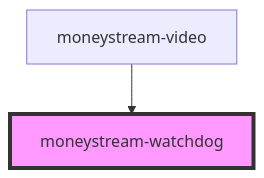
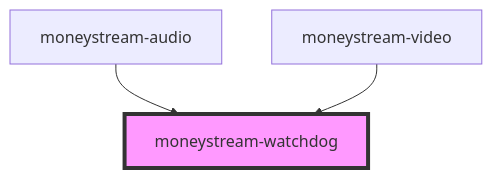
One commit to moneystreamdev/moneystream-components changed the diagram in src/components/moneystream-watchdog/readme.md. Above: the diagram before and after it, drawn with Mermaid. The commit also changed other lines of this file and 9 other files, not shown here.

````diff
--- a/src/components/moneystream-watchdog/readme.md
+++ b/src/components/moneystream-watchdog/readme.md
@@ -52,5 +53,6 @@
 ```mermaid
 graph TD;
+  moneystream-audio --> moneystream-watchdog
   moneystream-video --> moneystream-watchdog
   style moneystream-watchdog fill:#f9f,stroke:#333,stroke-width:4px
 ```
````
